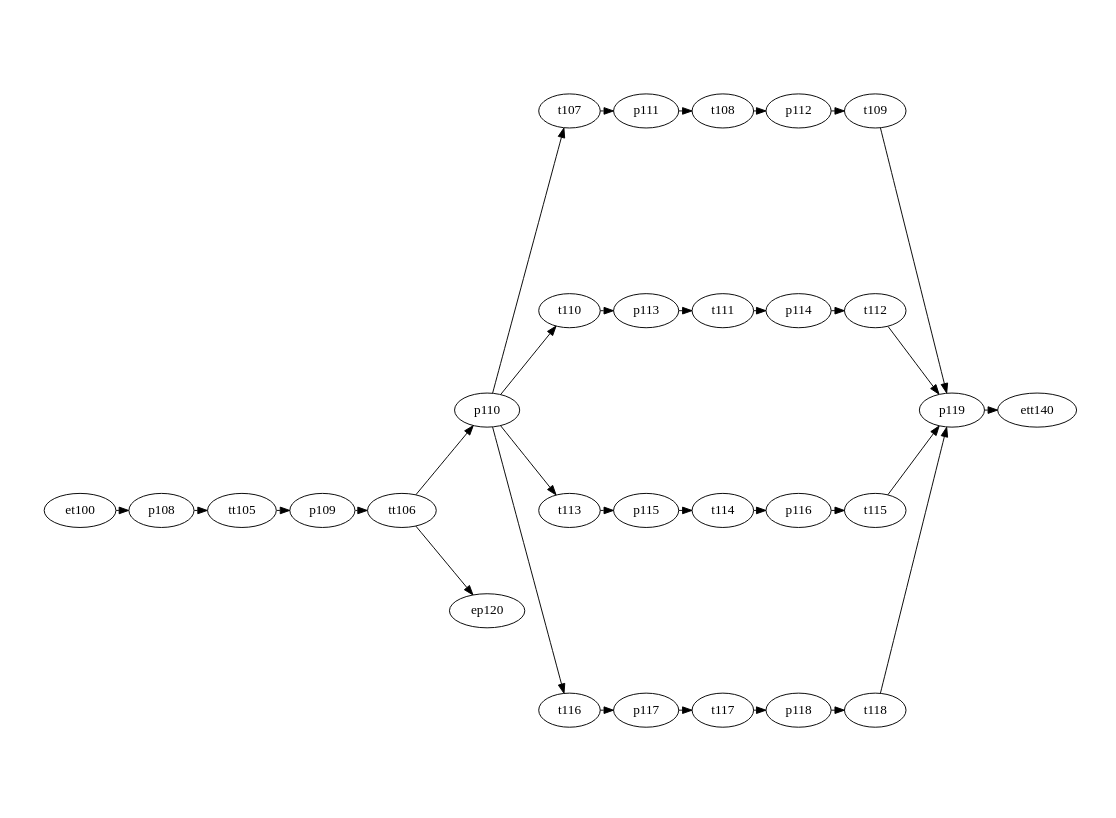
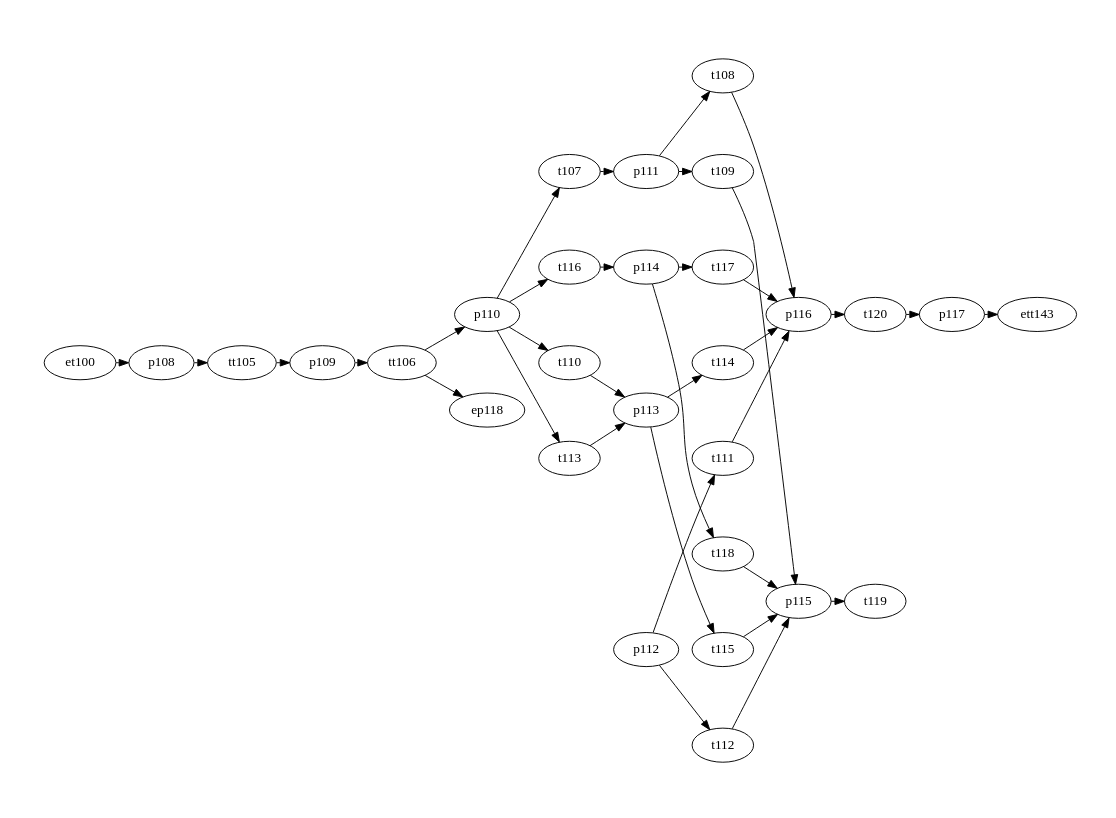
One commit to Accacio/docsTCC changed the diagram in figures/petriNets/dot/7-storageY/storageY.dot. Above: the diagram before and after it, drawn with Graphviz. The commit also changed 3 other files, not shown here.

```diff
--- a/figures/petriNets/dot/7-storageY/storageY.dot
+++ b/figures/petriNets/dot/7-storageY/storageY.dot
@@ -1,99 +1,116 @@
 
 digraph A {
     # splines = ortho
     rankdir=LR;
     ratio=fill
     graph [pad="0.5", nodesep="0.25", ranksep="0.2"];
     margin=0;
     size="11.7,8.3!"
 
 # Modulo armazenador y
 
     p108
     p109
     p110
     p111
     p112
     p113
     p114
     p115
     p116
     p117
-    p118
-    p119
+
 
     tt105
     tt106
     t107
     t108
     t109
     t110
     t111
     t112
     t113
     t114
     t115
     t116
     t117
     t118
+    t119
+    t120
 
 
 # subgraph cluster_7 {
 #   label="Storage (y)";
 #   labelloc = b
 #   style="dashed"
   # color="red"
   # pre
 
   p108 -> tt105
   p109 -> tt106
 
   p110 -> t107
   p110 -> t110
   p110 -> t113
   p110 -> t116
 
 
   p111 -> t108
-  p112 -> t109
-  p113 -> t111
-  p114 -> t112
-  p115 -> t114
-  p116 -> t115
-  p117 -> t117
-  p118 -> t118
+  p111 -> t109
 
+  p112 -> t111
+  p112 -> t112
 
+  p113 -> t114
+  p113 -> t115
+
+  p114 -> t117
+  p114 -> t118
+  
+
+  p115 -> t119
+
+  p116 -> t120
 
 
   #pos
 
   tt105 -> p109
   tt106 -> p110
+
   t107 -> p111
-  t108 -> p112
-  t109 -> p119
+  t108 -> p116
+  t109 -> p115
+
   t110 -> p113
-  t111 -> p114
-  t112 -> p119
-  t113 -> p115
+  t111 -> p116
+  t112 -> p115
+
+  t113 -> p113
   t114 -> p116
-  t115 -> p119
-  t116 -> p117
-  t117 -> p118
-  t118 -> p119
+  t115 -> p115
+  
+  t116 -> p114
+  t117 -> p116
+  t118 -> p115
+
+  t120 -> p117
+
+  
 
 
 # }
 
 et100
 
 et100 -> p108
-ep120
 
-tt106 -> ep120
-ett140
-p119 -> ett140
+ep118
+
+tt106 -> ep118
+
+ett143
+p117 -> ett143
 
 
 }
```
